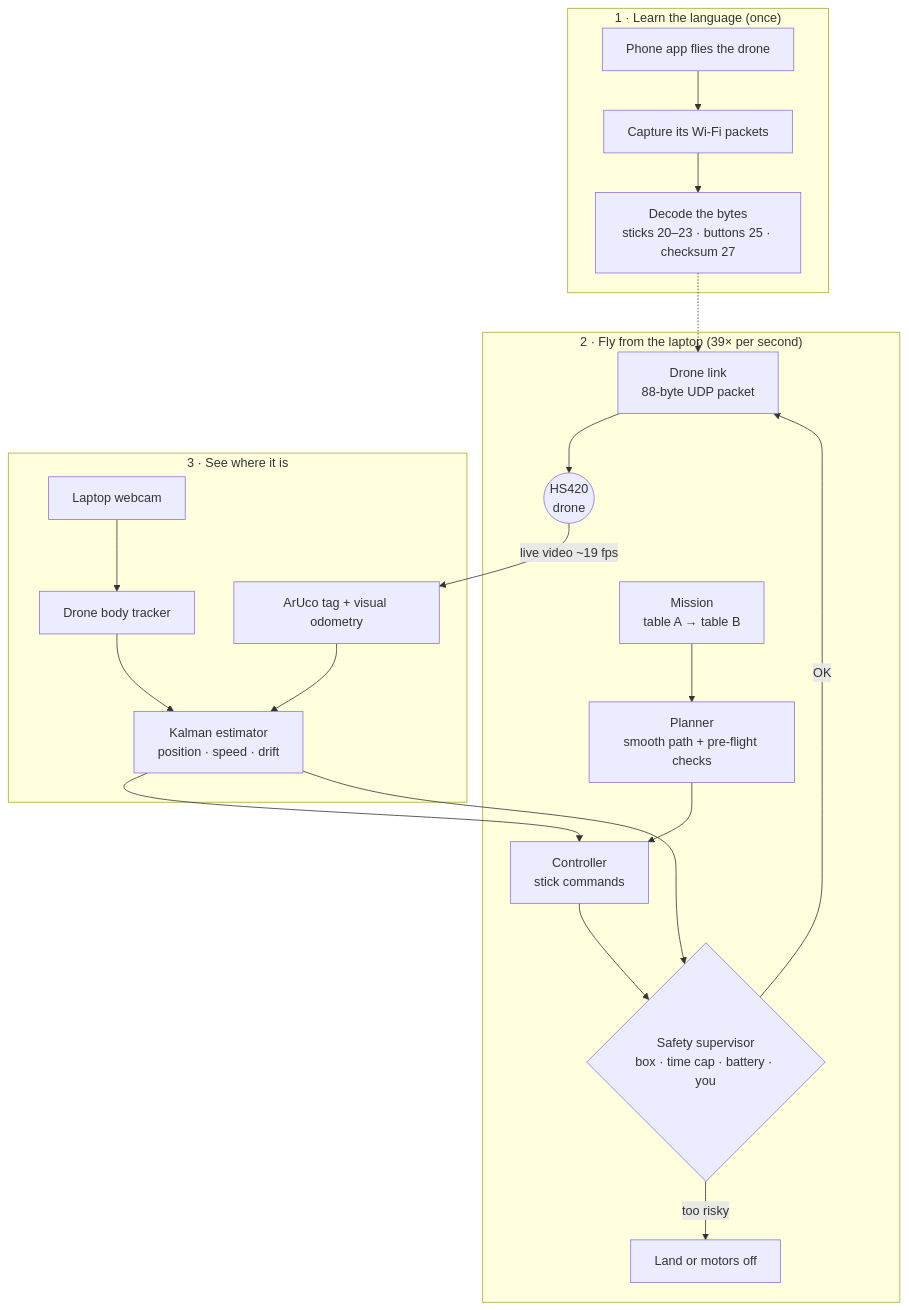
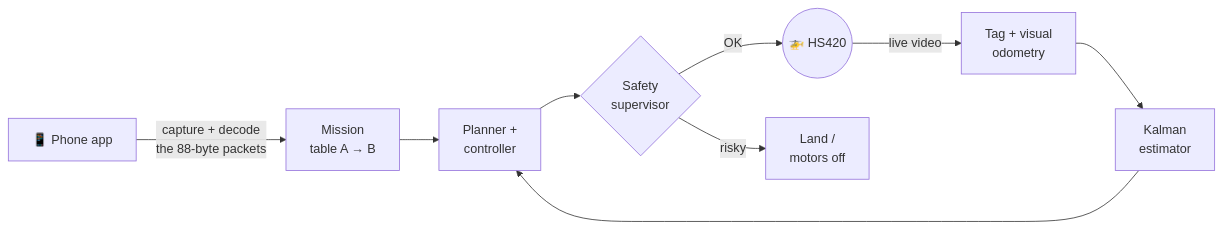
One commit to ostenjap/arixfly-drone-v2 changed the diagram in README.md. Above: the diagram before and after it, drawn with Mermaid.

Commit message:
README: compact flow chart

````diff
--- a/README.md
+++ b/README.md
@@ -15,27 +15,11 @@
 ```mermaid
-flowchart TD
-    subgraph LEARN["1 · Learn the language (once)"]
-        A["Phone app flies the drone"] --> B["Capture its Wi-Fi packets"]
-        B --> C["Decode the bytes<br/>sticks 20–23 · buttons 25 · checksum 27"]
-    end
-
-    subgraph FLY["2 · Fly from the laptop (39× per second)"]
-        D["Mission<br/>table A → table B"] --> E["Planner<br/>smooth path + pre-flight checks"]
-        E --> F["Controller<br/>stick commands"]
-        F --> G{"Safety supervisor<br/>box · time cap · battery · you"}
-        G -- OK --> H["Drone link<br/>88-byte UDP packet"]
-        G -- "too risky" --> L["Land or motors off"]
-        H --> I(("HS420<br/>drone"))
-    end
-
-    subgraph SENSE["3 · See where it is"]
-        I -- "live video ~19 fps" --> J["ArUco tag + visual odometry"]
-        W["Laptop webcam"] --> K["Drone body tracker"]
-        J --> M["Kalman estimator<br/>position · speed · drift"]
-        K --> M
-    end
-
-    C -.-> H
-    M --> F
-    M --> G
+flowchart LR
+    A["📱 Phone app"] -- "capture + decode<br/>the 88-byte packets" --> P["Mission<br/>table A → B"]
+    P --> C["Planner +<br/>controller"]
+    C --> S{"Safety<br/>supervisor"}
+    S -- OK --> D(("🚁 HS420"))
+    S -- risky --> X["Land /<br/>motors off"]
+    D -- "live video" --> V["Tag + visual<br/>odometry"]
+    V --> K["Kalman<br/>estimator"]
+    K --> C
 ```
````
